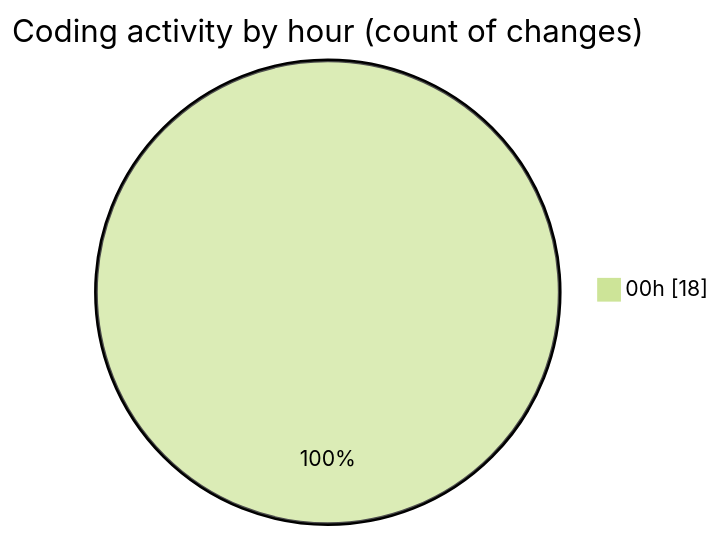
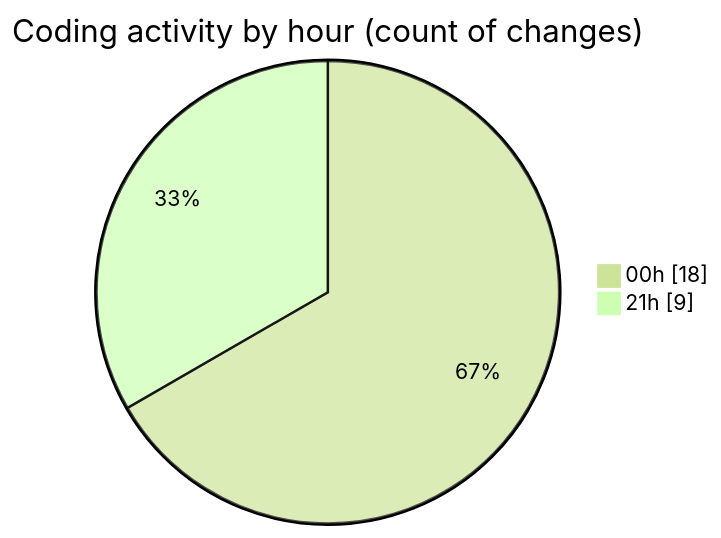
The second of 2 diagrams in 2025-04-23/echo/README.md (Netris89/code-tracking), drawn with Mermaid (forest theme) before and after one commit. The commit also changed other lines of this file and 1 other file, not shown here.

````diff
--- a/2025-04-23/echo/README.md
+++ b/2025-04-23/echo/README.md
@@ -30,5 +30,6 @@
 ```mermaid
 pie showData
 title Coding activity by hour (count of changes)
 "00h" : 18
+"21h" : 9
 ```
````
